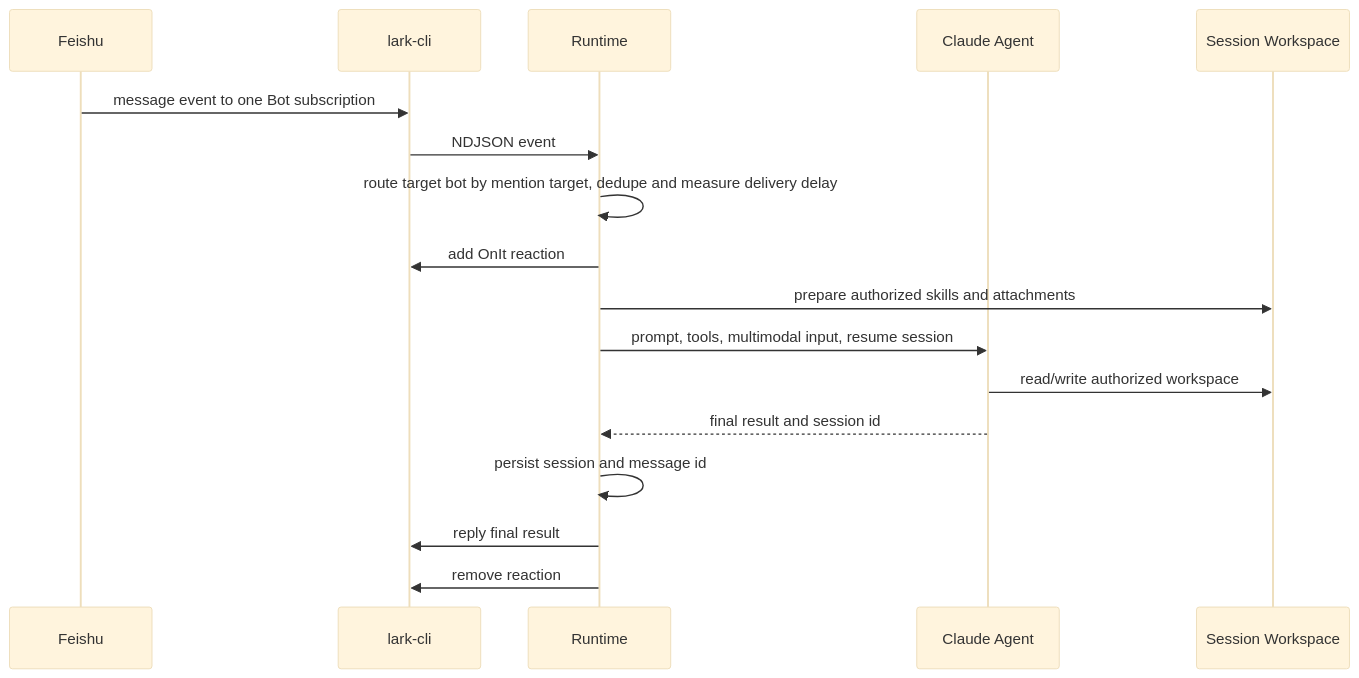
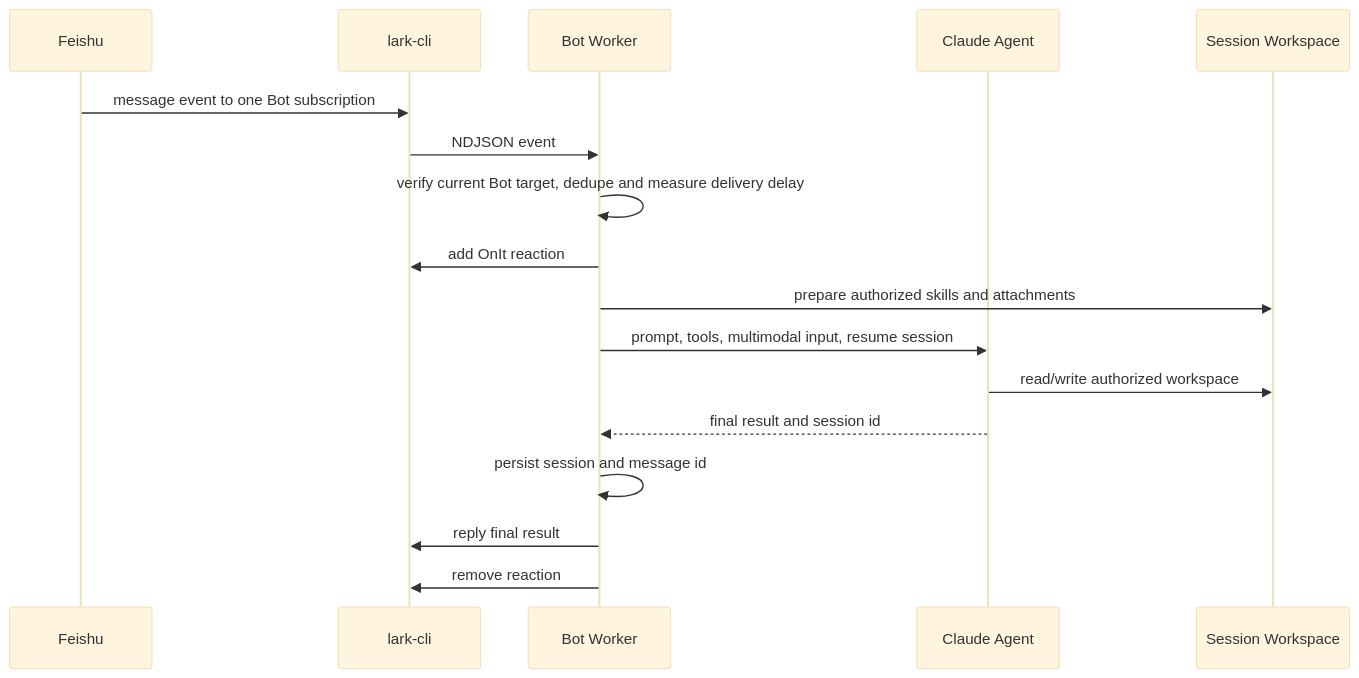
The second of 2 diagrams in docs/architecture.md (Quarkfan/QuarkFanTools), drawn with Mermaid (base theme) before and after one commit. The commit also changed other lines of this file and 27 other files, not shown here.

````diff
--- a/docs/architecture.md
+++ b/docs/architecture.md
@@ -30,20 +32,20 @@
 ```mermaid
 sequenceDiagram
     participant F as Feishu
     participant L as lark-cli
-    participant R as Runtime
+    participant R as Bot Worker
     participant C as Claude Agent
     participant W as Session Workspace
 
     F->>L: message event to one Bot subscription
     L->>R: NDJSON event
-    R->>R: route target bot by mention target, dedupe and measure delivery delay
+    R->>R: verify current Bot target, dedupe and measure delivery delay
     R->>L: add OnIt reaction
     R->>W: prepare authorized skills and attachments
     R->>C: prompt, tools, multimodal input, resume session
     C->>W: read/write authorized workspace
     C-->>R: final result and session id
     R->>R: persist session and message id
     R->>L: reply final result
     R->>L: remove reaction
 ```
````
